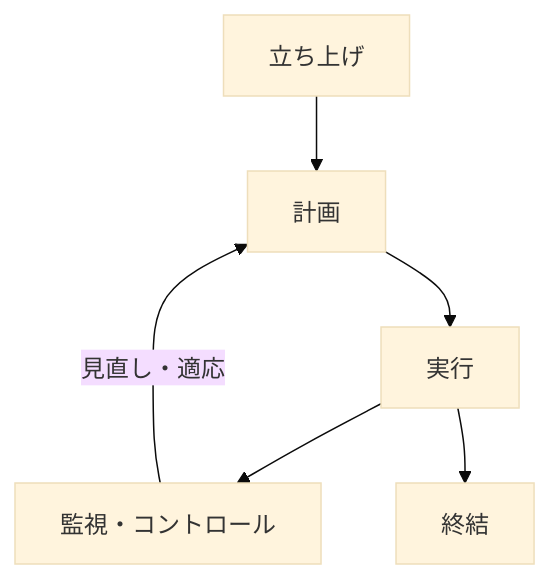
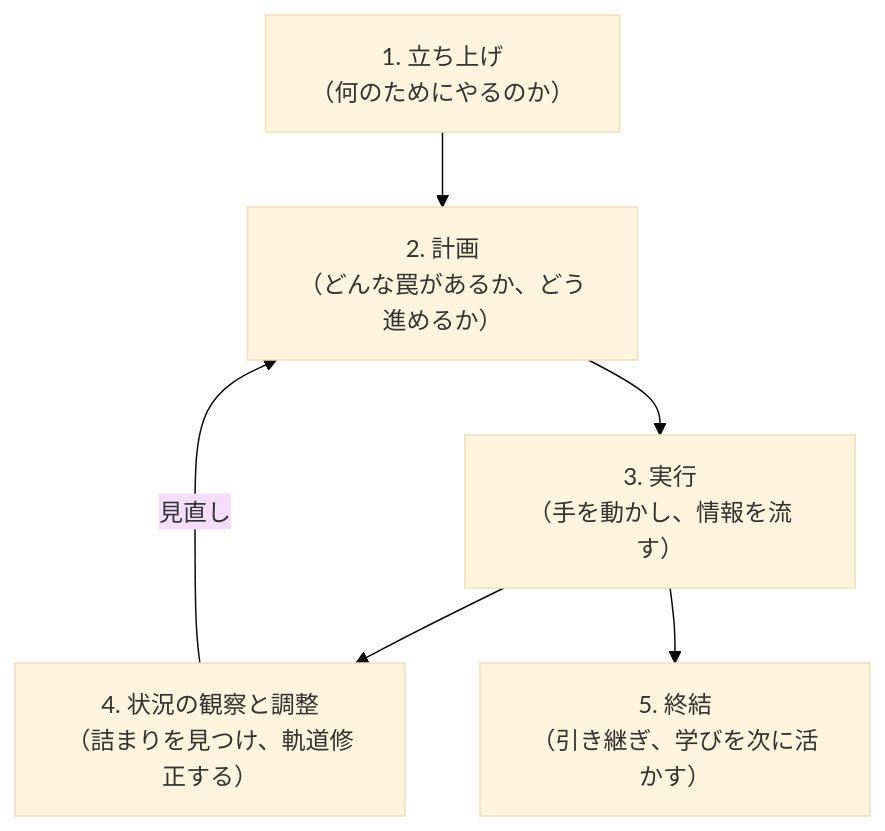
The diagram in books/project-management-as-dandori/2.what-is-project-management.md (MasuqaT-NET/Zenn-contents), drawn with Mermaid (base theme) before and after one commit. The commit also changed other lines of this file and 7 other files, not shown here.

````diff
--- a/books/project-management-as-dandori/2.what-is-project-management.md
+++ b/books/project-management-as-dandori/2.what-is-project-management.md
@@ -24,8 +35,8 @@
 ```mermaid
 flowchart TD
-    initiating["立ち上げ"] --> planning["計画"]
-    planning --> executing["実行"]
-    executing --> monitoring["監視・コントロール"]
-    monitoring -->|見直し・適応| planning
-    executing --> closing["終結"]
+    initiating["1. 立ち上げ<br>（何のためにやるのか）"] --> planning["2. 計画<br>（どんな罠があるか、どう進めるか）"]
+    planning --> executing["3. 実行<br>（手を動かし、情報を流す）"]
+    executing --> monitoring["4. 状況の観察と調整<br>（詰まりを見つけ、軌道修正する）"]
+    monitoring -->|見直し| planning
+    executing --> closing["5. 終結<br>（引き継ぎ、学びを次に活かす）"]
 ```
````
